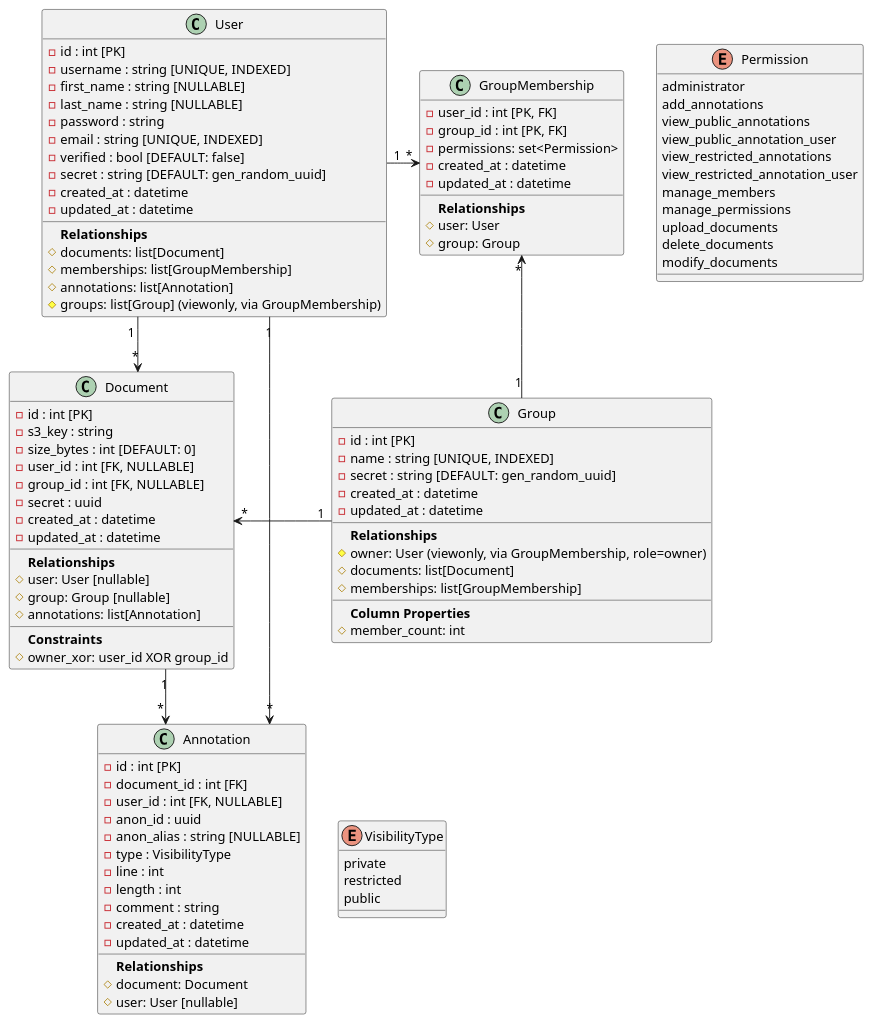
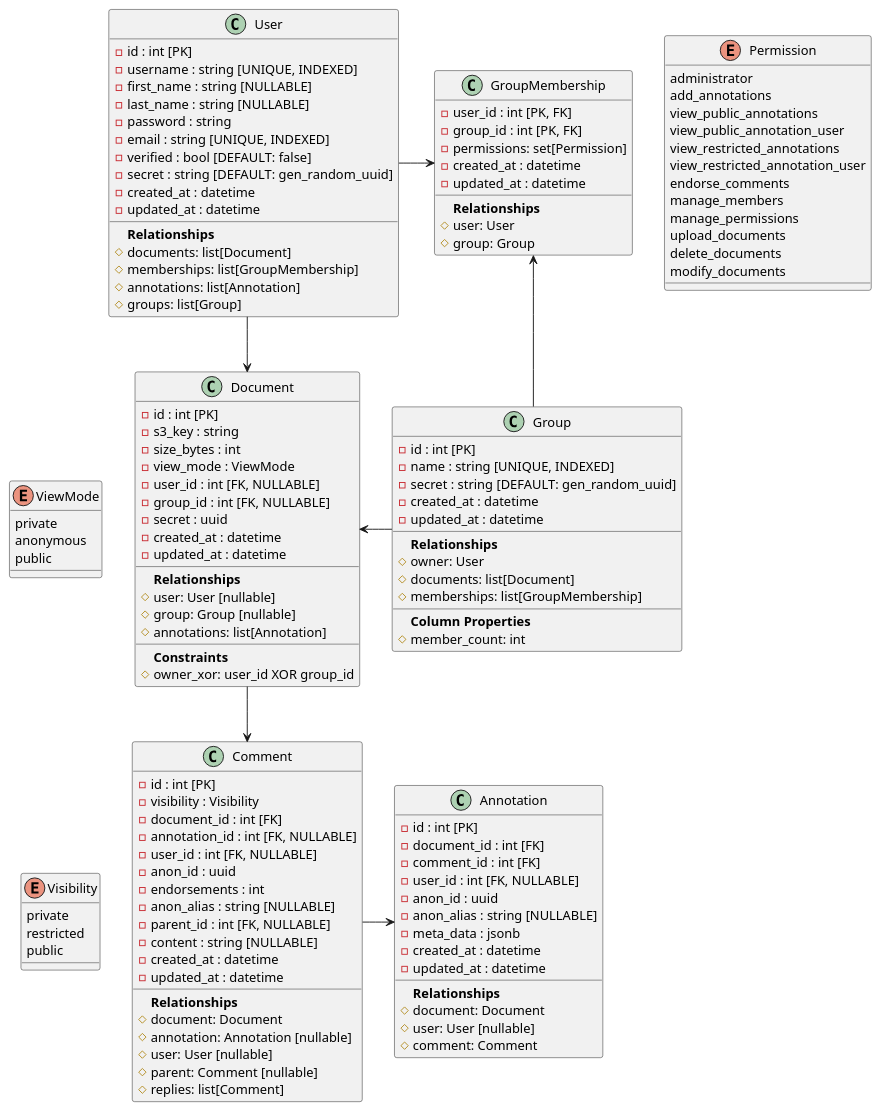
One commit to realdegrees/annotation-software changed the diagram in docs/schema.puml. Above: the diagram before and after it, drawn with PlantUML. The commit also changed 3 other files, not shown here.

Commit message:
update feature doc and schema

```diff
--- a/docs/schema.puml
+++ b/docs/schema.puml
@@ -1,131 +1,161 @@
 @startuml DocumentSharing
 
 ' Styling
 skinparam componentStyle rectangle
 skinparam component {
     ArrowThickness 1
 }
 skinparam linetype ortho
 
 ' ========== TABLES ==========
 
 class User {
     - id : int [PK]
     - username : string [UNIQUE, INDEXED]
     - first_name : string [NULLABLE]
     - last_name : string [NULLABLE]
     - password : string
     - email : string [UNIQUE, INDEXED]
     - verified : bool [DEFAULT: false]
     - secret : string [DEFAULT: gen_random_uuid]
     - created_at : datetime
     - updated_at : datetime
     ____
         **Relationships**
         # documents: list[Document]
         # memberships: list[GroupMembership]
         # annotations: list[Annotation]
-        # groups: list[Group] (viewonly, via GroupMembership)
+        # groups: list[Group]
 }
 
 class Group {
     - id : int [PK]
     - name : string [UNIQUE, INDEXED]
     - secret : string [DEFAULT: gen_random_uuid]
     - created_at : datetime
     - updated_at : datetime
     ____
         **Relationships**
-        # owner: User (viewonly, via GroupMembership, role=owner)
+        # owner: User
         # documents: list[Document]
         # memberships: list[GroupMembership]
     ____
         **Column Properties**
         # member_count: int
 }
 
 enum Permission {
     administrator
     add_annotations
     view_public_annotations
     view_public_annotation_user
     view_restricted_annotations
     view_restricted_annotation_user
+    endorse_comments
     manage_members
     manage_permissions
     upload_documents
     delete_documents
     modify_documents
 }
 
+enum ViewMode {
+    private
+    anonymous
+    public
+}
+
 class GroupMembership {
     - user_id : int [PK, FK]
     - group_id : int [PK, FK]
-    - permissions: set<Permission>
+    - permissions: set[Permission]
     - created_at : datetime
     - updated_at : datetime
     ____
         **Relationships**
         # user: User
         # group: Group
 }
 
 class Document {
     - id : int [PK]
     - s3_key : string
-    - size_bytes : int [DEFAULT: 0]
+    - size_bytes : int
+    - view_mode : ViewMode
     - user_id : int [FK, NULLABLE]
     - group_id : int [FK, NULLABLE]
     - secret : uuid
     - created_at : datetime
     - updated_at : datetime
     ____
         **Relationships**
         # user: User [nullable]
         # group: Group [nullable]
         # annotations: list[Annotation]
     ____
         **Constraints**
         # owner_xor: user_id XOR group_id
 }
 
-enum VisibilityType {
+enum Visibility {
     private
     restricted
     public
 }
 
 class Annotation {
     - id : int [PK]
     - document_id : int [FK]
+    - comment_id : int [FK]
     - user_id : int [FK, NULLABLE]
     - anon_id : uuid
     - anon_alias : string [NULLABLE]
-    - type : VisibilityType
-    - line : int
-    - length : int
-    - comment : string
+    - meta_data : jsonb
     - created_at : datetime
     - updated_at : datetime
     ____
         **Relationships**
         # document: Document
         # user: User [nullable]
+        # comment: Comment
+}
+
+class Comment {
+    - id : int [PK]
+    - visibility : Visibility
+    - document_id : int [FK]
+    - annotation_id : int [FK, NULLABLE]
+    - user_id : int [FK, NULLABLE]
+    - anon_id : uuid
+    - endorsements : int
+    - anon_alias : string [NULLABLE]
+    - parent_id : int [FK, NULLABLE]
+    - content : string [NULLABLE]
+    - created_at : datetime
+    - updated_at : datetime
+    ____
+        **Relationships**
+        # document: Document
+        # annotation: Annotation [nullable]
+        # user: User [nullable]
+        # parent: Comment [nullable]
+        # replies: list[Comment]
 }
 
 ' ========== RELATIONSHIPS ==========
 
-User "1" -r-> "*" Document
-User "1" -r-> "*" GroupMembership
-User "1" -r-> "*" Annotation
+User -d-> Document
+User -r-> GroupMembership
 
-Group "1" -u-> "*" GroupMembership
-Group "1" -r-> "*" Document
+Group -u-> GroupMembership
+Group -l-> Document
 
-Document "1" -d-> "*" Annotation
 
 GroupMembership -[hidden]r-> Permission
 
-Annotation -[hidden]r-> VisibilityType
+Comment -[hidden]l-> Visibility
+Document -[hidden]l-> ViewMode
+Annotation <-l- Comment
+Document -d-> Comment
 
 @enduml
```
